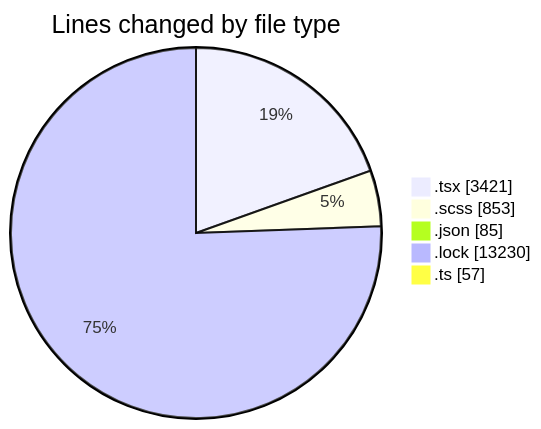
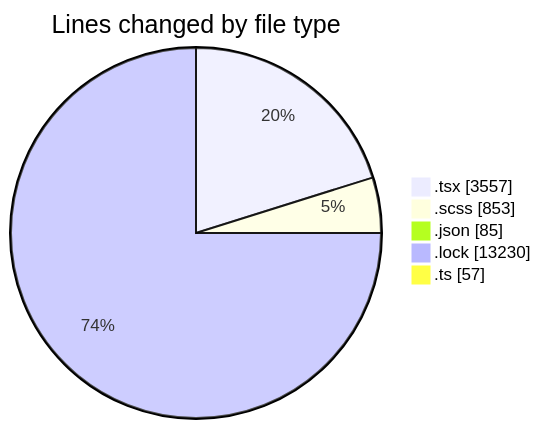
The first of 2 diagrams in 2025-10-03/cda/README.md (momahboobian/code-tracking), drawn with Mermaid before and after one commit. The commit also changed other lines of this file and 1 other file, not shown here.

````diff
--- a/2025-10-03/cda/README.md
+++ b/2025-10-03/cda/README.md
@@ -30,9 +30,9 @@
 ```mermaid
 pie showData
 title Lines changed by file type
-".tsx" : 3421
+".tsx" : 3557
 ".scss" : 853
 ".json" : 85
 ".lock" : 13230
 ".ts" : 57
 ```
````
